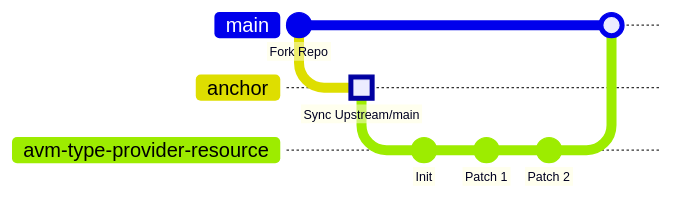
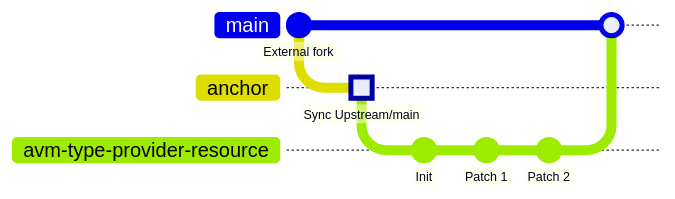
One commit to Azure/Azure-Verified-Modules changed the second of 2 diagrams in docs/content/contributing/bicep/bicep-contribution-flow/_index.md. Above: the diagram before and after it, drawn with Mermaid. The commit also changed other lines of this file and 9 other files, not shown here.

First line of the commit message:
docs: align Bicep contribution flow

```diff
--- a/docs/content/contributing/bicep/bicep-contribution-flow/_index.md
+++ b/docs/content/contributing/bicep/bicep-contribution-flow/_index.md
@@ -58,22 +60,22 @@
 {{< mermaid zoom="true" >}}
 ---
 
 config:
   logLevel: debug
   gitGraph:
     rotateCommitLabel: false
 ---
 
 gitGraph LR:
-  commit id:"Fork Repo"
+  commit id:"External fork"
   branch anchor
   checkout anchor
   commit id:"Sync Upstream/main" type: HIGHLIGHT
   branch avm-type-provider-resource
   checkout avm-type-provider-resource
   commit id:"Init"
   commit id:"Patch 1"
   commit id:"Patch 2"
   checkout main
   merge avm-type-provider-resource
 {{< /mermaid >}}
```
